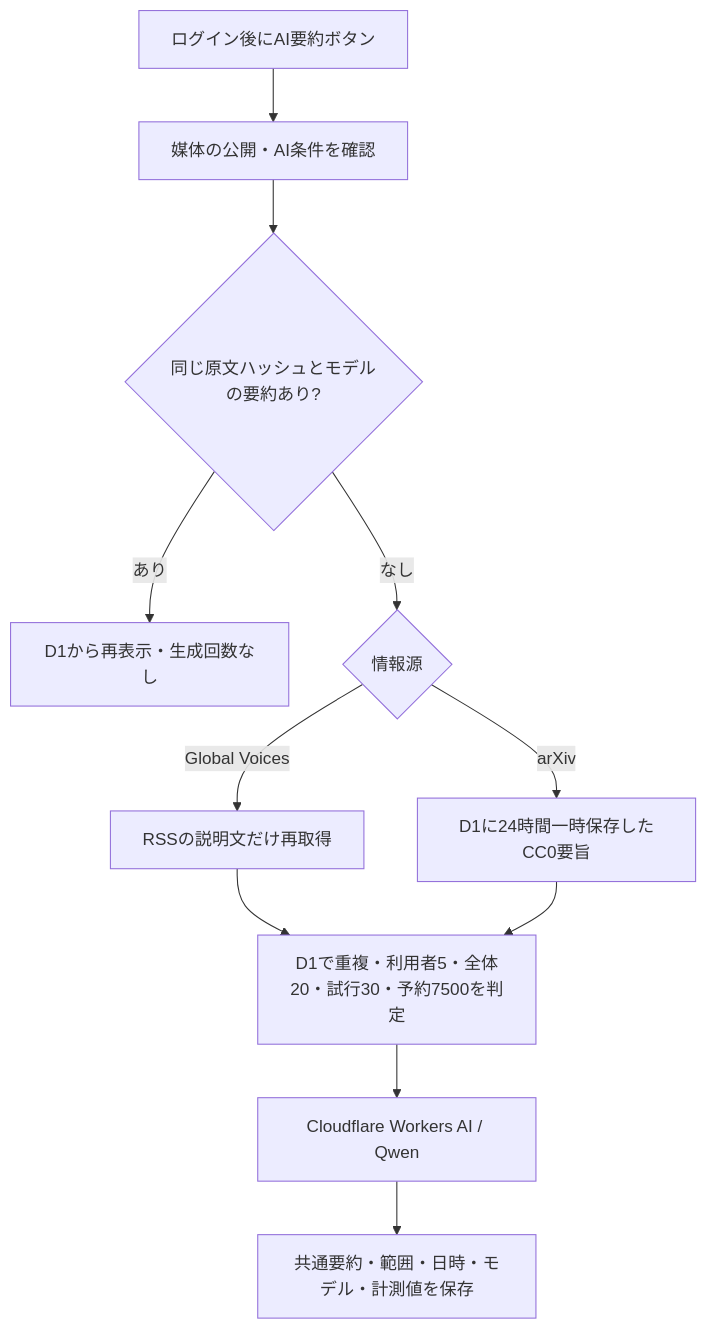
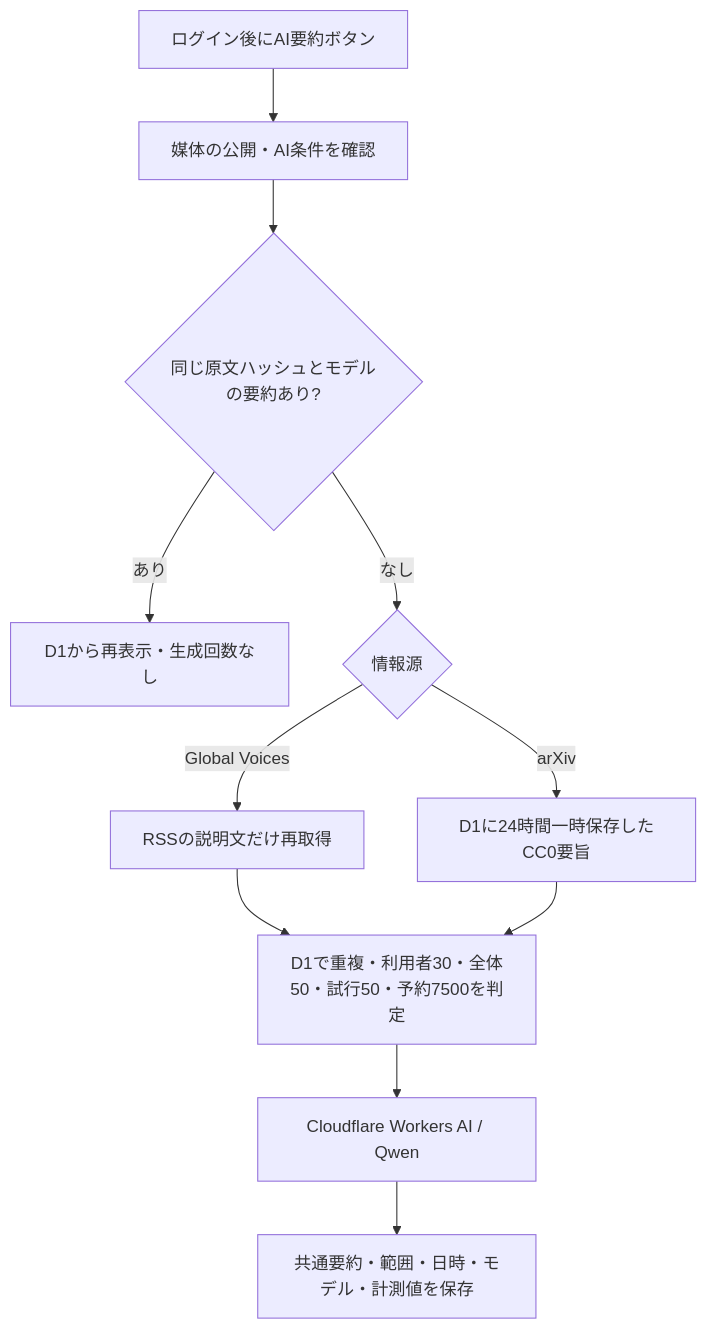
Before and after one commit to iori-doiya/news-pocket: the diagram in docs/AI・問い合わせ・復旧の運用手順.md, drawn with Mermaid. The commit also changed other lines of this file and 21 other files, not shown here.

````diff
--- a/docs/AI・問い合わせ・復旧の運用手順.md
+++ b/docs/AI・問い合わせ・復旧の運用手順.md
@@ -26,13 +28,13 @@
 ```mermaid
 flowchart TD
   Button[ログイン後にAI要約ボタン] --> Rights[媒体の公開・AI条件を確認]
   Rights --> Cache{同じ原文ハッシュとモデルの要約あり?}
   Cache -->|あり| Read[D1から再表示・生成回数なし]
   Cache -->|なし| Input{情報源}
   Input -->|Global Voices| RSS[RSSの説明文だけ再取得]
   Input -->|arXiv| Abstract[D1に24時間一時保存したCC0要旨]
-  RSS --> Quota[D1で重複・利用者5・全体20・試行30・予約7500を判定]
+  RSS --> Quota[D1で重複・利用者30・全体50・試行50・予約7500を判定]
   Abstract --> Quota
   Quota --> Model[Cloudflare Workers AI / Qwen]
   Model --> Save[共通要約・範囲・日時・モデル・計測値を保存]
 ```
````
